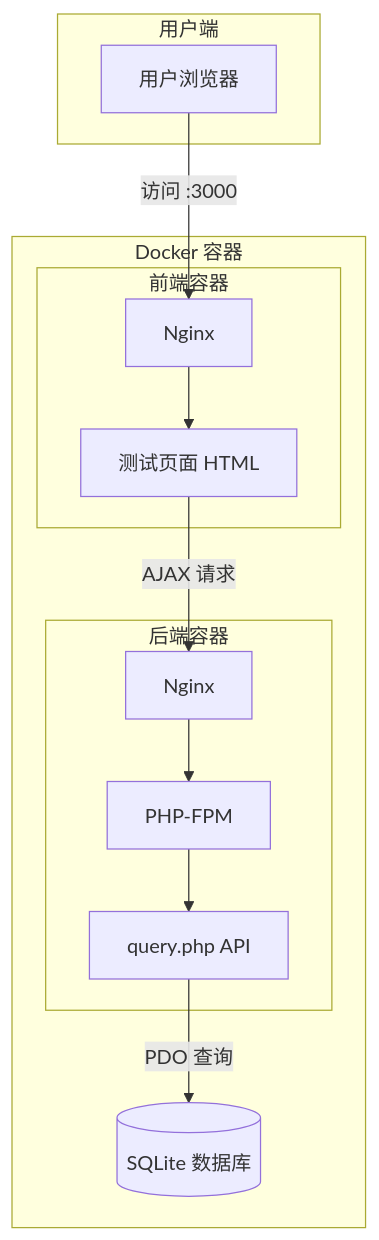
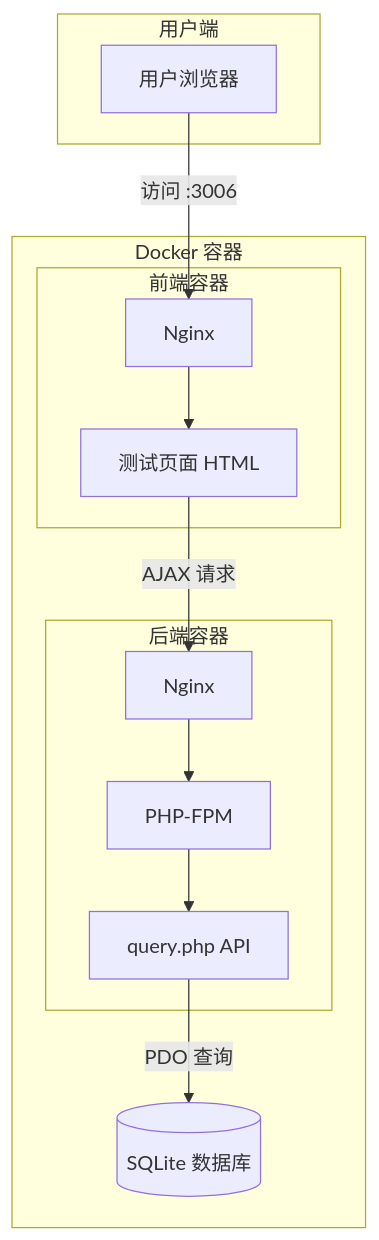
The diagram in docs/walkthrough.md (ljzljz520-eng/999-01Mod-4), drawn with Mermaid before and after one commit. The commit also changed other lines of this file and 7 other files, not shown here.

````diff
--- a/docs/walkthrough.md
+++ b/docs/walkthrough.md
@@ -11,28 +11,28 @@
 ```mermaid
 flowchart TB
     subgraph 用户端
         A[用户浏览器]
     end
     
     subgraph Docker 容器
         subgraph 前端容器
             B[Nginx]
             C[测试页面 HTML]
         end
         
         subgraph 后端容器
             D[Nginx]
             E[PHP-FPM]
             F[query.php API]
         end
         
         G[(SQLite 数据库)]
     end
     
-    A --> |访问 :3000| B
+    A --> |访问 :3006| B
     B --> C
     C --> |AJAX 请求| D
     D --> E
     E --> F
     F --> |PDO 查询| G
 ```
````
